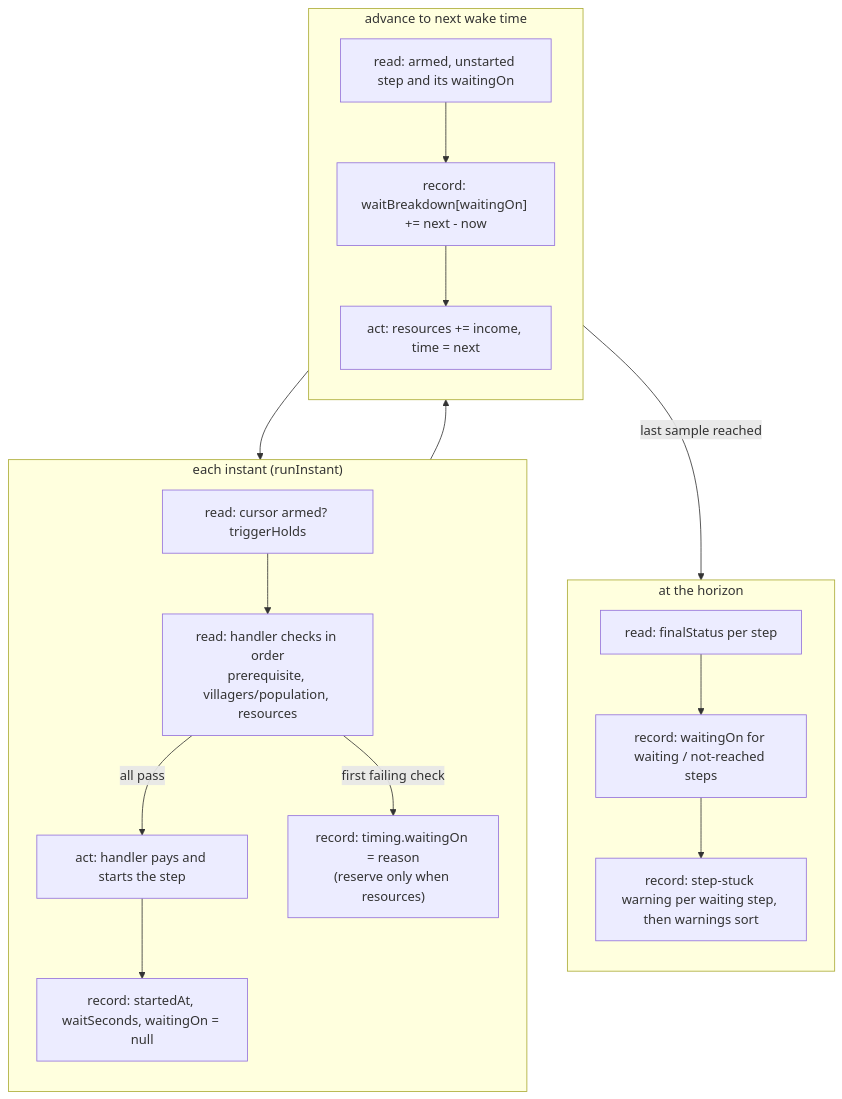
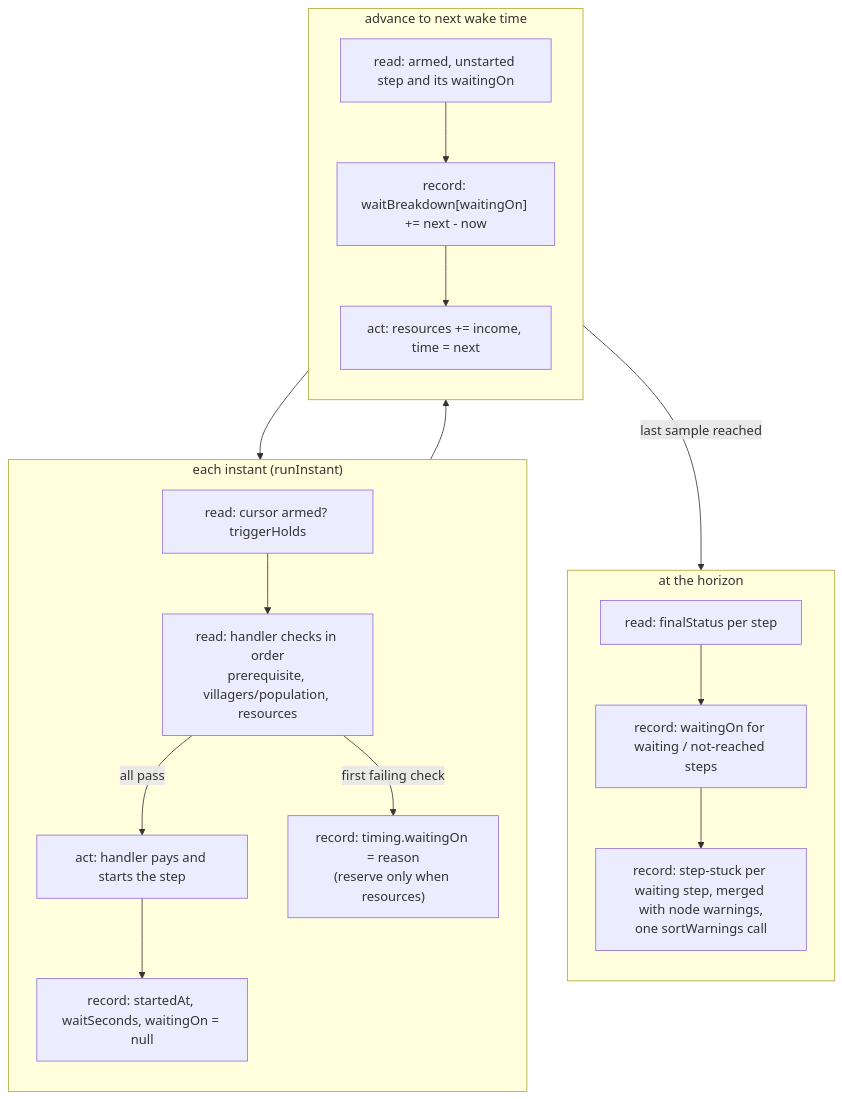
One commit to NicholasKChoi/WOTR_Combat_Simulator changed the diagram in projects/strategy-game-sim/tickets/SGS-042-aoe4-step-wait-step-stuck.md. Above: the diagram before and after it, drawn with Mermaid. The commit also changed other lines of this file and 58 other files, not shown here.

````diff
--- a/projects/strategy-game-sim/tickets/SGS-042-aoe4-step-wait-step-stuck.md
+++ b/projects/strategy-game-sim/tickets/SGS-042-aoe4-step-wait-step-stuck.md
@@ -96,22 +121,22 @@
 ```mermaid
 flowchart TD
   subgraph instant["each instant (runInstant)"]
     direction TB
     R1["read: cursor armed? triggerHolds"] --> R2["read: handler checks in order<br/>prerequisite, villagers/population, resources"]
     R2 -->|"all pass"| A1["act: handler pays and starts the step"]
     R2 -->|"first failing check"| W1["record: timing.waitingOn = reason<br/>(reserve only when resources)"]
     A1 --> W2["record: startedAt, waitSeconds, waitingOn = null"]
   end
   subgraph advance["advance to next wake time"]
     direction TB
     T1["read: armed, unstarted step and its waitingOn"] --> T2["record: waitBreakdown[waitingOn] += next - now"]
     T2 --> T3["act: resources += income, time = next"]
   end
   subgraph horizon["at the horizon"]
     direction TB
     H1["read: finalStatus per step"] --> H2["record: waitingOn for waiting / not-reached steps"]
-    H2 --> H3["record: step-stuck warning per waiting step, then warnings sort"]
+    H2 --> H3["record: step-stuck per waiting step, merged with node warnings,<br/>one sortWarnings call"]
   end
   instant --> advance --> instant
   advance -->|"last sample reached"| horizon
 ```
````
